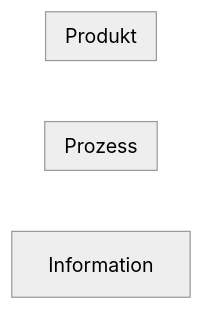
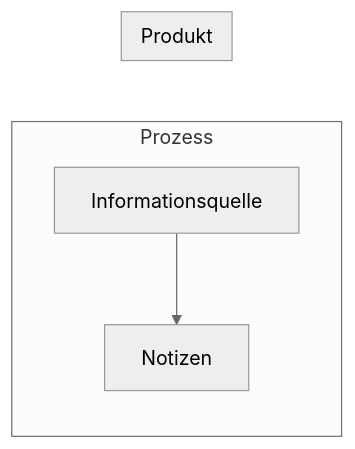
The diagram in 📝 - Arbeitsplatz/Untitled.md (julianstoerig/zettelkasten), drawn with Mermaid (neutral theme) before and after one commit.

Commit message:
automatic version-control: 2021-01-15 18:21:18

````diff
--- a/📝 - Arbeitsplatz/Untitled.md
+++ b/📝 - Arbeitsplatz/Untitled.md
@@ -1,15 +1,17 @@
 ```mermaid
 graph LR
 
-Information
+I[Informationsquelle]
+N[Notizen]
 
+I
 
 subgraph Prozess
-
+	I --> N
 end
 
 subgraph Produkt
-
+	I
 end
 
 ```
````
